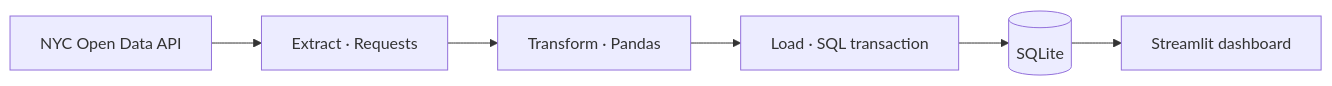
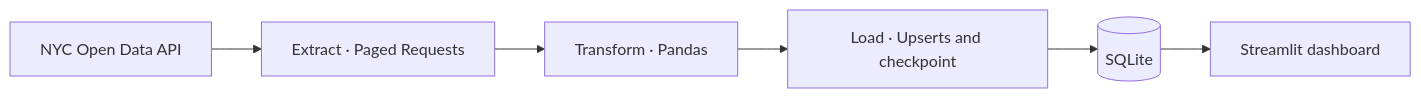
Before and after one commit to mus2325/nyc-urban-data-intelligence: the diagram in README.md, drawn with Mermaid. The commit also changed other lines of this file and 5 other files, not shown here.

````diff
--- a/README.md
+++ b/README.md
@@ -23,11 +34,11 @@
 ```mermaid
 flowchart LR
     source["NYC Open Data API"]
-    extract["Extract · Requests"]
+    extract["Extract · Paged Requests"]
     transform["Transform · Pandas"]
-    load["Load · SQL transaction"]
+    load["Load · Upserts and checkpoint"]
     store[("SQLite")]
     app["Streamlit dashboard"]
 
     source --> extract --> transform --> load --> store --> app
 ```
````
